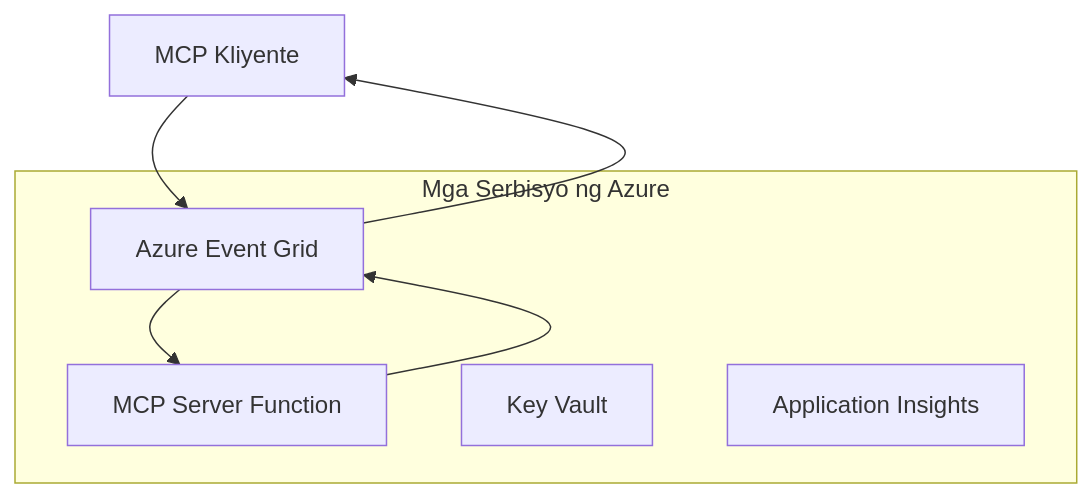
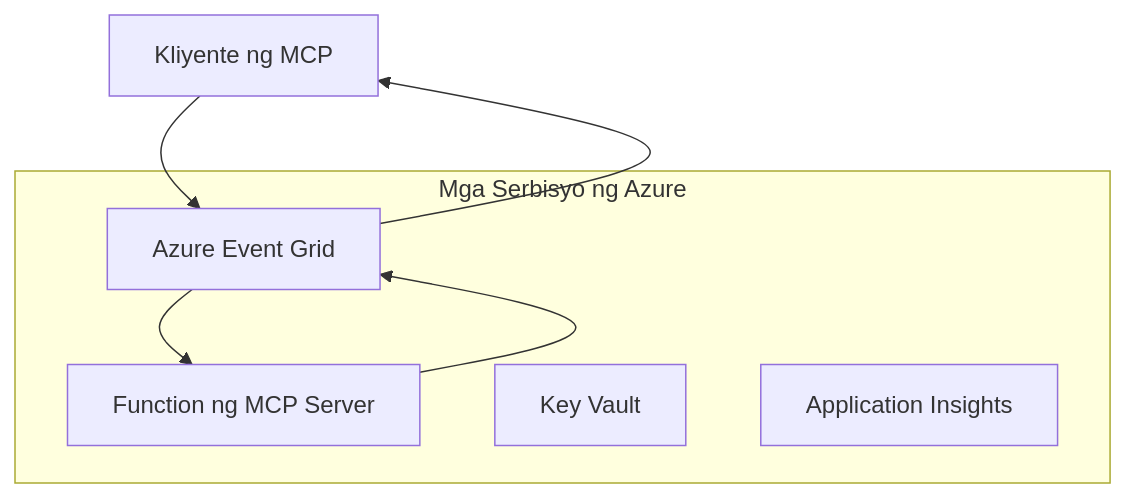
One commit to HIDORAKAI002/ai-workspace-archive changed the first of 2 diagrams in mcp_ecosystem__model_context_protocol/mcp_learning_resources/mcp-for-beginners/translations/tl/05-AdvancedTopics/mcp-transport/README.md. Above: the diagram before and after it, drawn with Mermaid. The commit also changed other lines of this file and 1046 other files, not shown here.

````diff
--- a/mcp_ecosystem__model_context_protocol/mcp_learning_resources/mcp-for-beginners/translations/tl/05-AdvancedTopics/mcp-transport/README.md
+++ b/mcp_ecosystem__model_context_protocol/mcp_learning_resources/mcp-for-beginners/translations/tl/05-AdvancedTopics/mcp-transport/README.md
@@ -58,14 +60,14 @@
 ```mermaid
 graph TB
-    Client[MCP Kliyente] --> EG[Azure Event Grid]
-    EG --> Server[MCP Server Function]
+    Client[Kliyente ng MCP] --> EG[Azure Event Grid]
+    EG --> Server[Function ng MCP Server]
     Server --> EG
     EG --> Client
     
     subgraph "Mga Serbisyo ng Azure"
         EG
         Server
         KV[Key Vault]
         Monitor[Application Insights]
     end
 ```
````
